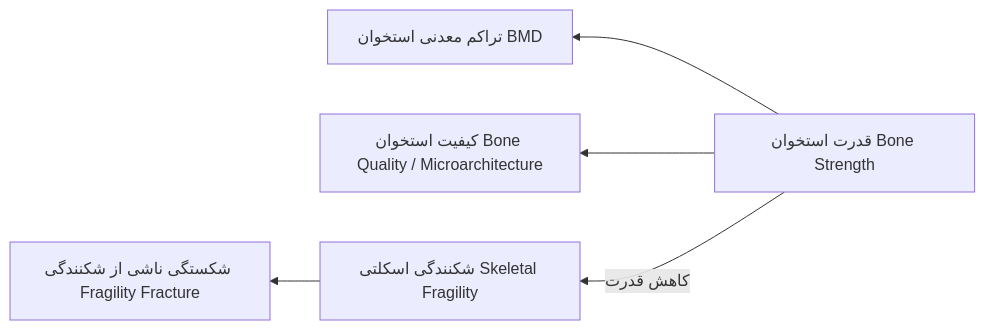
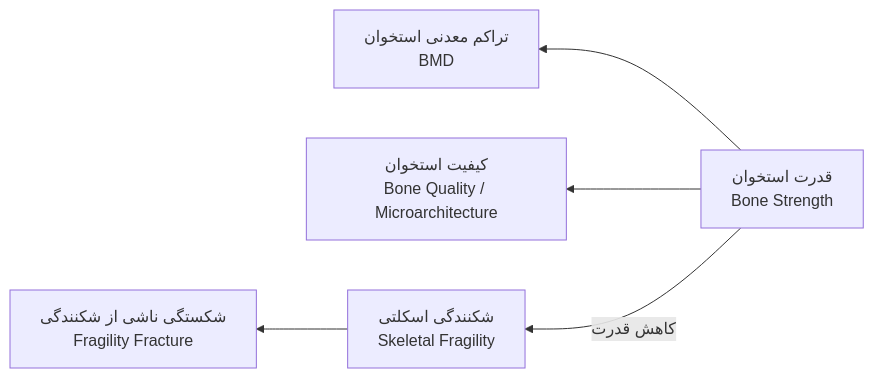
The first of 7 diagrams in 07/مبانی غدد/متابولیسم استخوان.md (neopulse-hub/TUMS-1402-1-neo), drawn with Mermaid before and after one commit. The commit also changed other lines of this file, not shown here.

Commit message:
Update متابولیسم استخوان.md

````diff
--- a/07/مبانی غدد/متابولیسم استخوان.md
+++ b/07/مبانی غدد/متابولیسم استخوان.md
@@ -8,7 +8,11 @@
 ```mermaid
 flowchart RL
-    BS[قدرت استخوان Bone Strength] --> BMD[تراکم معدنی استخوان BMD]
-    BS --> BQ[کیفیت استخوان Bone Quality / Microarchitecture]
-    BS -->|کاهش قدرت| SF[شکنندگی اسکلتی Skeletal Fragility]
-    SF --> FF[شکستگی ناشی از شکنندگی Fragility Fracture]
+
+BS[قدرت استخوان<br>Bone Strength] --> BMD[تراکم معدنی استخوان<br>BMD]
+
+BS --> BQ[کیفیت استخوان<br>Bone Quality / Microarchitecture]
+
+BS -->|کاهش قدرت| SF[شکنندگی اسکلتی<br>Skeletal Fragility]
+
+SF --> FF[شکستگی ناشی از شکنندگی<br>Fragility Fracture]
 ```
````
